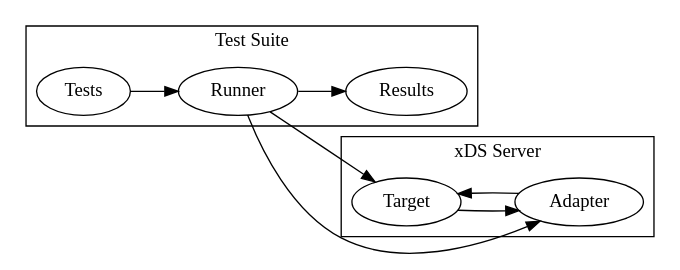
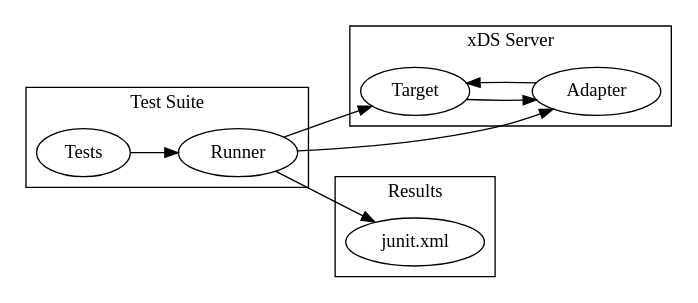
Before and after one commit to ii/xds-test-harness: the diagram in docs/design-doc.org, drawn with Graphviz. The commit also changed other lines of this file and 1 other file, not shown here.

Commit message:
update architecture, details, and alternatives

```diff
--- a/docs/design-doc.org
+++ b/docs/design-doc.org
@@ -43,17 +133,20 @@
 #+begin_src dot :file "./assets/architecture.png" :cmdline -Kdot -Tpng :results raw
 digraph {
-        rankdir=LR;
+rankdir=LR;
     subgraph cluster_0 {
-    label="Test Suite";
-    Tests -> Runner
-    Runner -> Results
-}
-  subgraph cluster_1 {
-    label="xDS Server";
-    Runner -> Target
-    Runner -> Adapter
-    Target -> Adapter
-    Adapter -> Target
-}
+        label="Test Suite";
+        Tests -> Runner
+    }
+    subgraph cluster_1 {
+        label="xDS Server";
+        Runner -> Target
+        Runner -> Adapter
+        Target -> Adapter
+        Adapter -> Target
+    }
+    subgraph cluster_2 {
+        label="Results"
+        Runner -> "junit.xml"
+    }
 }
 #+end_src
```
